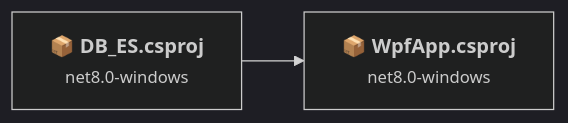
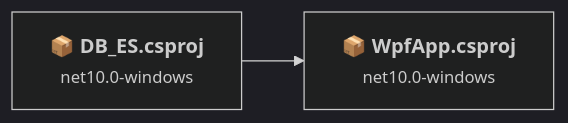
Before and after one commit to wm87/employee-management: the first of 3 diagrams in .github/upgrades/scenarios/dotnet-version-upgrade/assessment.md, drawn with Mermaid (dark theme). The commit also changed other lines of this file and 12 other files, not shown here.

````diff
--- a/.github/upgrades/scenarios/dotnet-version-upgrade/assessment.md
+++ b/.github/upgrades/scenarios/dotnet-version-upgrade/assessment.md
@@ -142,9 +155,9 @@
 ```mermaid
 flowchart LR
-    P1["<b>📦&nbsp;WpfApp.csproj</b><br/><small>net8.0-windows</small>"]
-    P2["<b>📦&nbsp;DB_ES.csproj</b><br/><small>net8.0-windows</small>"]
+    P1["<b>📦&nbsp;WpfApp.csproj</b><br/><small>net10.0-windows</small>"]
+    P2["<b>📦&nbsp;DB_ES.csproj</b><br/><small>net10.0-windows</small>"]
     P2 --> P1
     click P1 "#wpfappwpfappcsproj"
     click P2 "#db_esdb_escsproj"
 
 ```
````
